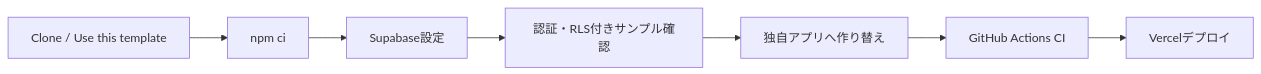
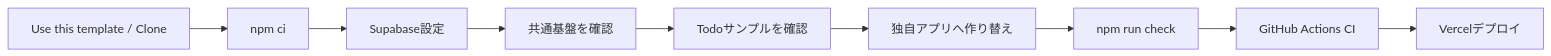
One commit to k-systems202208/nextjs-supabase-vercel-webapp-template changed the first of 4 diagrams in README.md. Above: the diagram before and after it, drawn with Mermaid. The commit also changed other lines of this file and 15 other files, not shown here.

````diff
--- a/README.md
+++ b/README.md
@@ -9,9 +9,11 @@
 ```mermaid
 flowchart LR
-    A["Clone / Use this template"] --> B["npm ci"]
+    A["Use this template / Clone"] --> B["npm ci"]
     B --> C["Supabase設定"]
-    C --> D["認証・RLS付きサンプル確認"]
-    D --> E["独自アプリへ作り替え"]
-    E --> F["GitHub Actions CI"]
-    F --> G["Vercelデプロイ"]
+    C --> D["共通基盤を確認"]
+    D --> E["Todoサンプルを確認"]
+    E --> F["独自アプリへ作り替え"]
+    F --> G["npm run check"]
+    G --> H["GitHub Actions CI"]
+    H --> I["Vercelデプロイ"]
 ```
````
